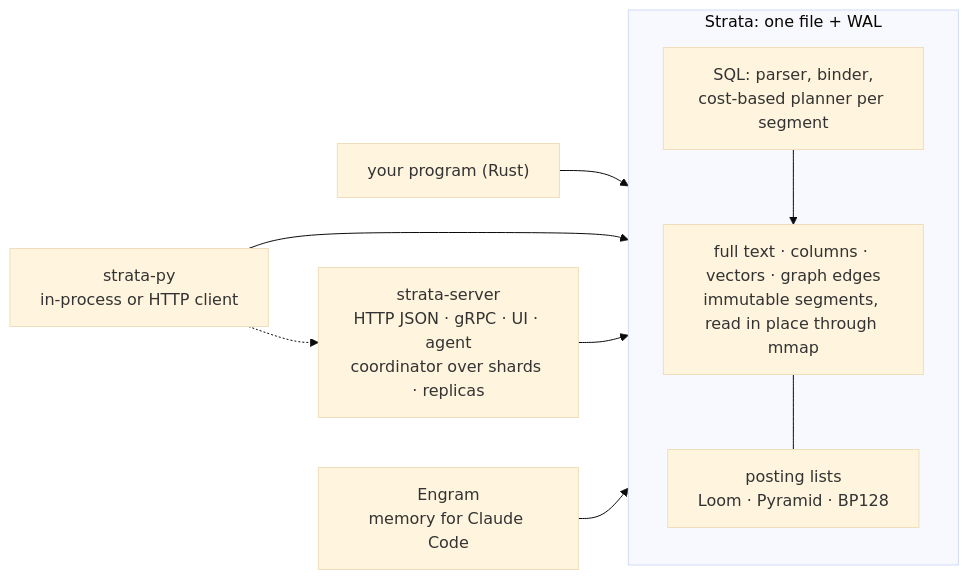
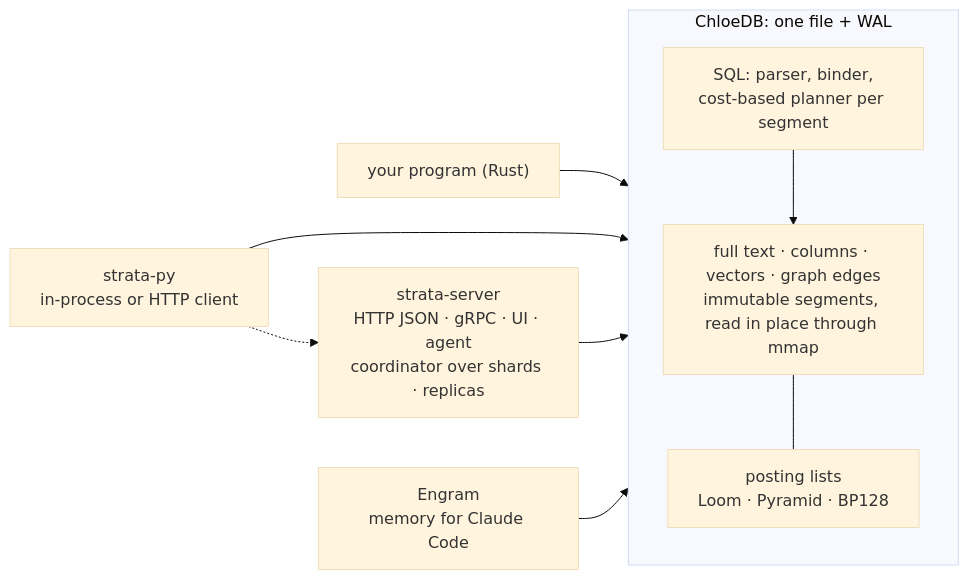
One commit to chloetech-ai/chloedb changed the first of 2 diagrams in docs/README.md. Above: the diagram before and after it, drawn with Mermaid (base theme). The commit also changed other lines of this file and 73 other files, not shown here.

First line of the commit message:
Rename Strata to ChloeDB in the docs, the website and the READMEs

````diff
--- a/docs/README.md
+++ b/docs/README.md
@@ -46,13 +48,13 @@
 ```mermaid
 flowchart LR
-    subgraph lib["Strata: one file + WAL"]
+    subgraph lib["ChloeDB: one file + WAL"]
         direction TB
         sql["SQL: parser, binder,<br/>cost-based planner per segment"] --> idx["full text · columns · vectors · graph edges<br/>immutable segments, read in place through mmap"]
         idx --- pl["posting lists<br/>Loom · Pyramid · BP128"]
     end
     app["your program (Rust)"] --> lib
     py["strata-py<br/>in-process or HTTP client"] --> lib
     py -.-> srv
     srv["strata-server<br/>HTTP JSON · gRPC · UI · agent<br/>coordinator over shards · replicas"] --> lib
     engram["Engram<br/>memory for Claude Code"] --> lib
 ```
````
